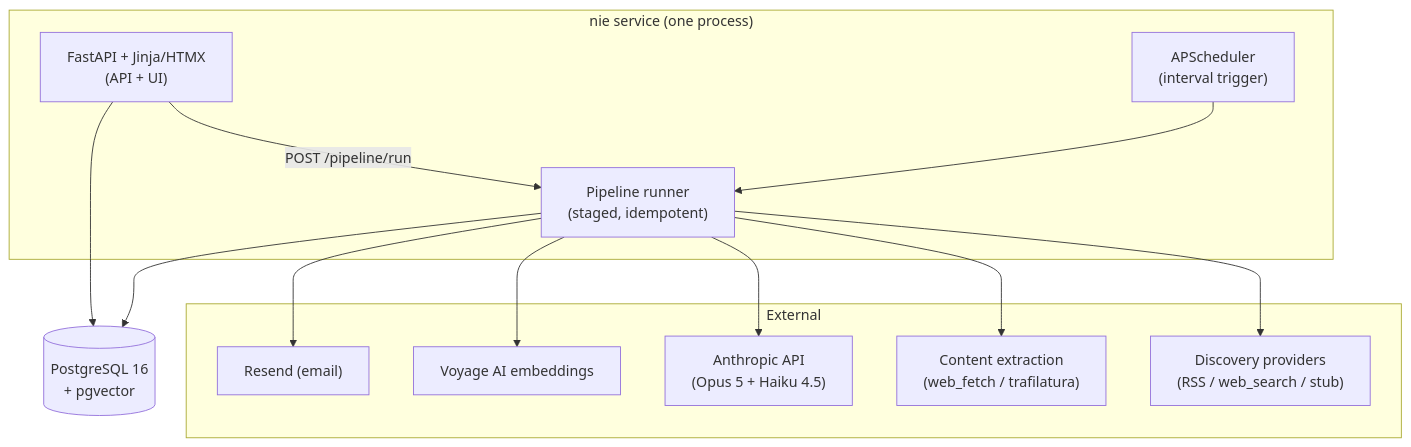
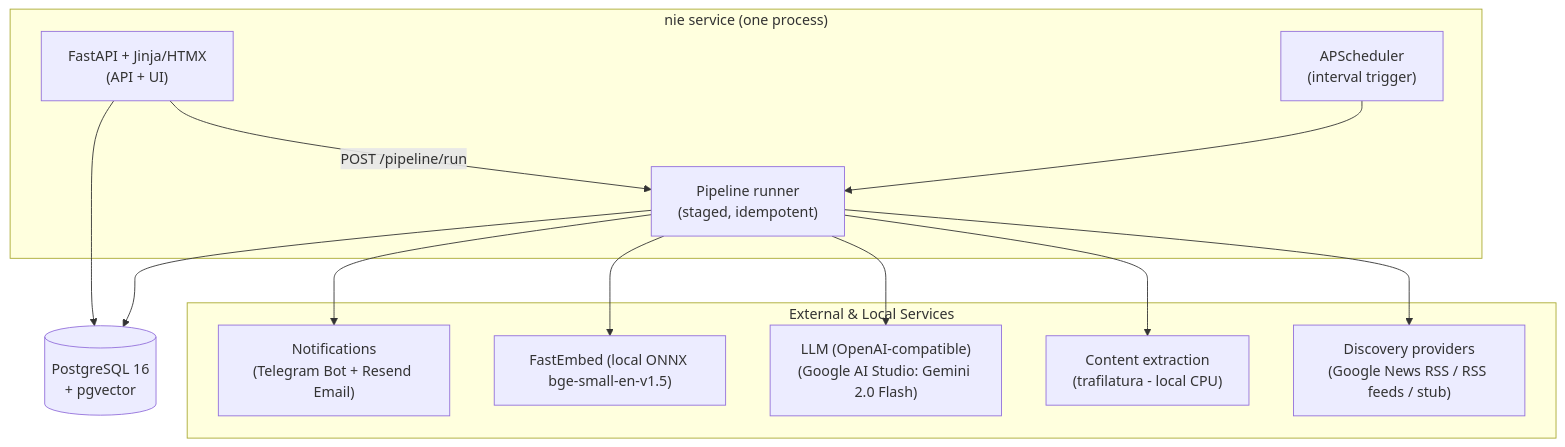
The diagram in _docs/design.md (hitesh-chandwani/news-intelligence-engine), drawn with Mermaid before and after one commit. The commit also changed other lines of this file, not shown here.

````diff
--- a/_docs/design.md
+++ b/_docs/design.md
@@ -32,28 +32,28 @@
 ```mermaid
 flowchart TB
     subgraph service["nie service (one process)"]
         API["FastAPI + Jinja/HTMX\n(API + UI)"]
         SCHED["APScheduler\n(interval trigger)"]
         PIPE["Pipeline runner\n(staged, idempotent)"]
         SCHED --> PIPE
         API -->|POST /pipeline/run| PIPE
     end
 
-    subgraph ext["External"]
-        DISC["Discovery providers\n(RSS / web_search / stub)"]
-        EXTRACT["Content extraction\n(web_fetch / trafilatura)"]
-        ANTHROPIC["Anthropic API\n(Opus 5 + Haiku 4.5)"]
-        EMBED["Voyage AI embeddings"]
-        RESEND["Resend (email)"]
+    subgraph ext["External & Local Services"]
+        DISC["Discovery providers\n(Google News RSS / RSS feeds / stub)"]
+        EXTRACT["Content extraction\n(trafilatura - local CPU)"]
+        LLM["LLM (OpenAI-compatible)\n(Google AI Studio: Gemini 2.0 Flash)"]
+        EMBED["FastEmbed (local ONNX bge-small-en-v1.5)"]
+        NOTIF["Notifications\n(Telegram Bot + Resend Email)"]
     end
 
     PG[("PostgreSQL 16\n+ pgvector")]
 
     PIPE --> DISC
     PIPE --> EXTRACT
-    PIPE --> ANTHROPIC
+    PIPE --> LLM
     PIPE --> EMBED
-    PIPE --> RESEND
+    PIPE --> NOTIF
     API --> PG
     PIPE --> PG
 ```
````
